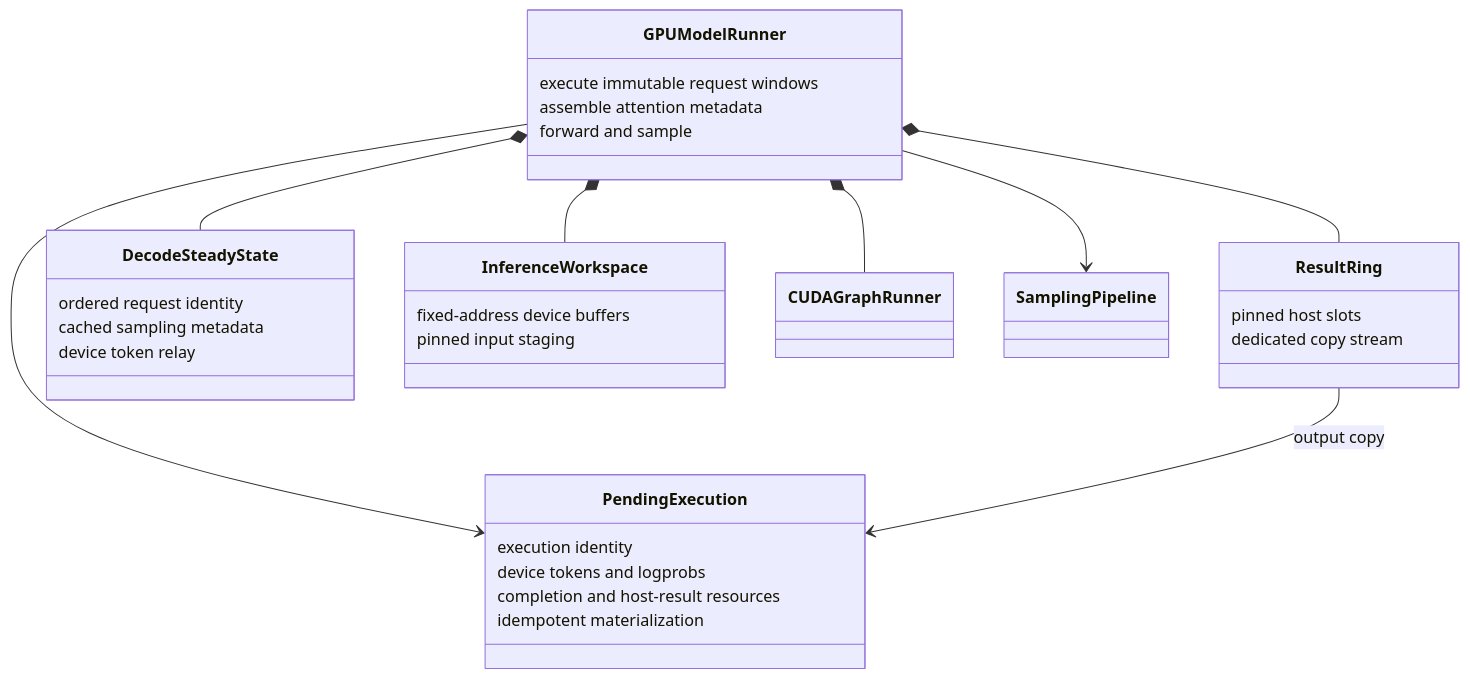
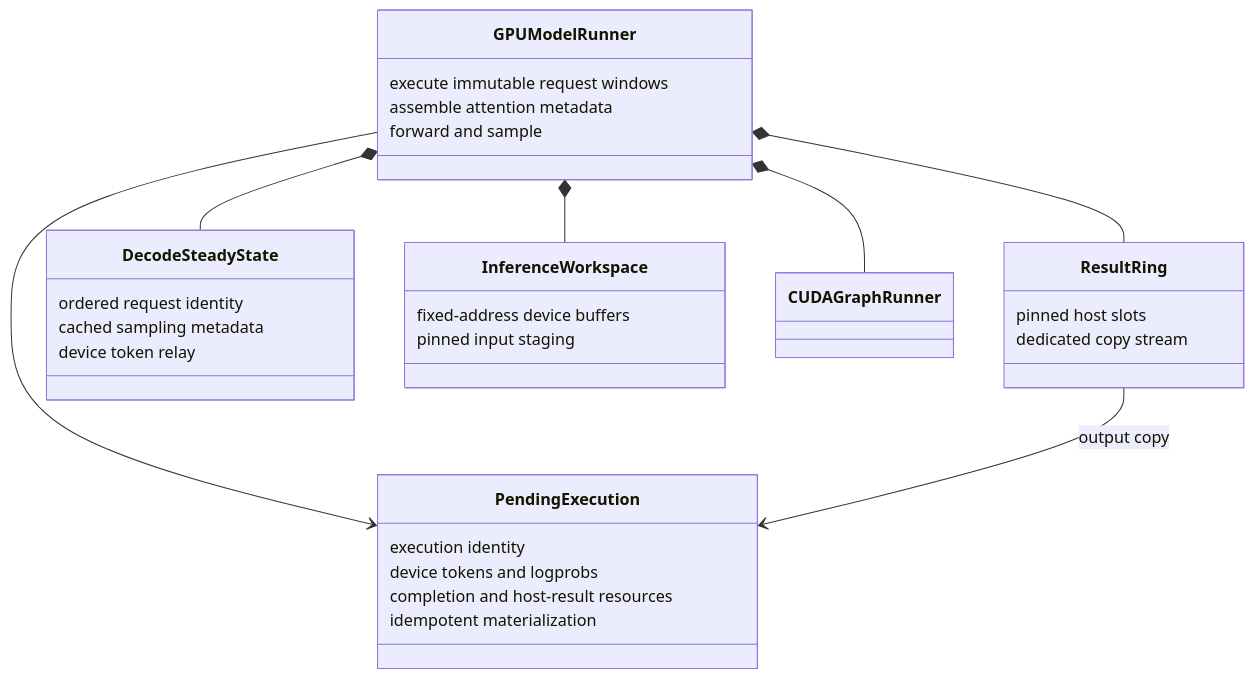
One commit to ViperEkura/AstrAI changed the diagram in docs/developer/inference/worker.md. Above: the diagram before and after it, drawn with Mermaid. The commit also changed other lines of this file and 21 other files, not shown here.

````diff
--- a/docs/developer/inference/worker.md
+++ b/docs/developer/inference/worker.md
@@ -19,38 +19,36 @@
 ```mermaid
 classDiagram
     direction TB
     class GPUModelRunner {
         execute immutable request windows
         assemble attention metadata
         forward and sample
     }
     class PendingExecution {
         execution identity
         device tokens and logprobs
         completion and host-result resources
         idempotent materialization
     }
     class ResultRing {
         pinned host slots
         dedicated copy stream
     }
     class DecodeSteadyState {
         ordered request identity
         cached sampling metadata
         device token relay
     }
     class InferenceWorkspace {
         fixed-address device buffers
         pinned input staging
     }
     class CUDAGraphRunner
-    class SamplingPipeline
 
     GPUModelRunner *-- InferenceWorkspace
     GPUModelRunner *-- CUDAGraphRunner
     GPUModelRunner *-- ResultRing
     GPUModelRunner *-- DecodeSteadyState
     GPUModelRunner --> PendingExecution
-    GPUModelRunner --> SamplingPipeline
     ResultRing --> PendingExecution : output copy
 ```
````
